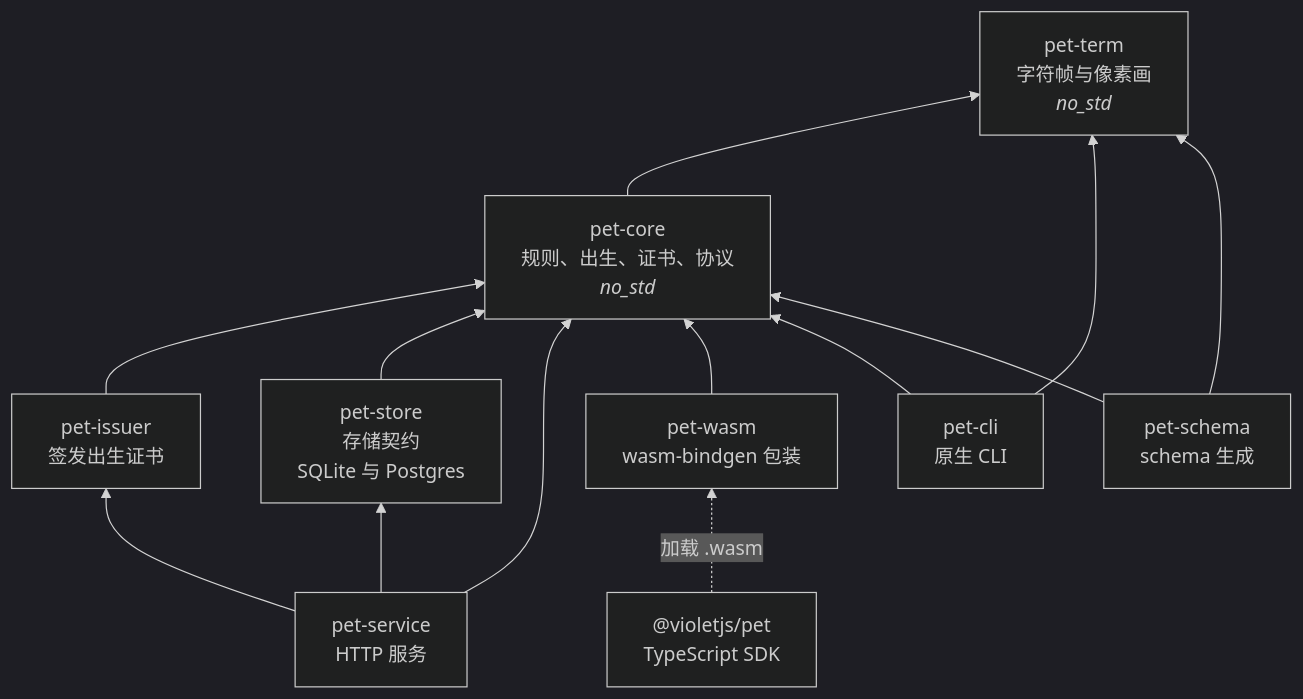
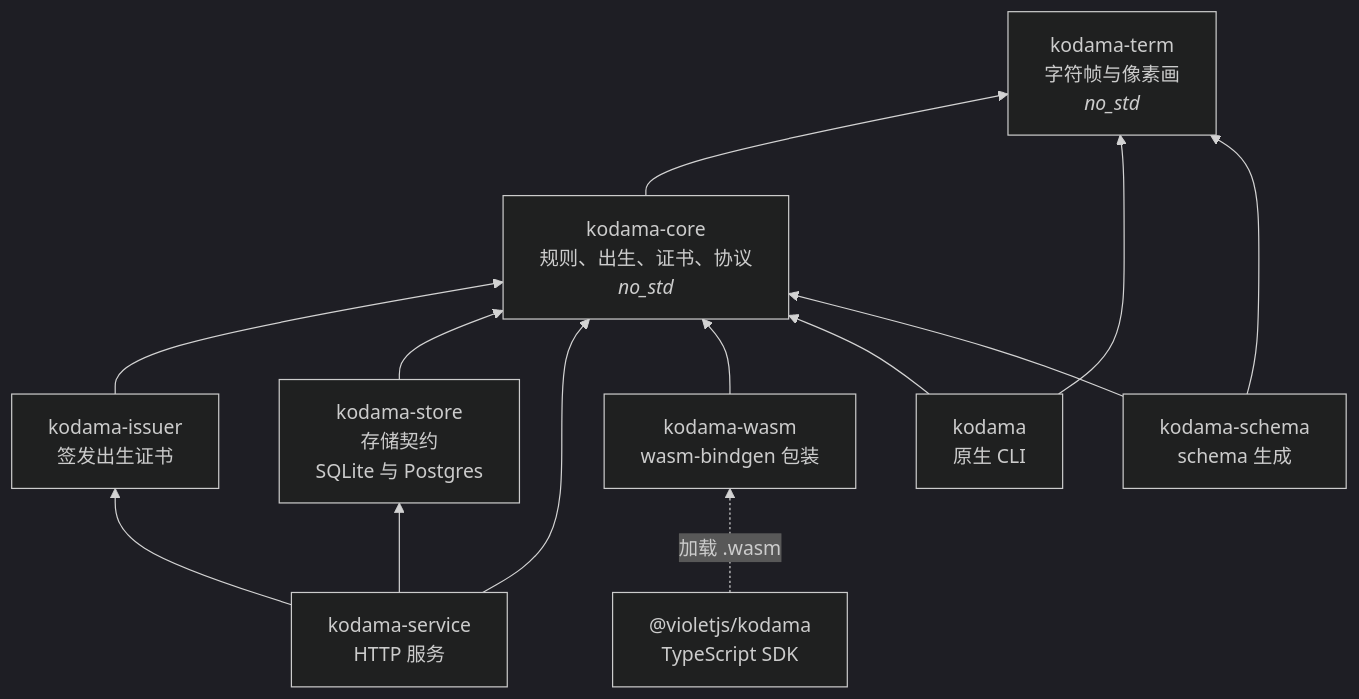
One commit to VOD-Studio/kodama changed the first of 3 diagrams in docs/architecture.zh-CN.md. Above: the diagram before and after it, drawn with Mermaid (dark theme). The commit also changed other lines of this file and 263 other files, not shown here.

First line of the commit message:
refactor!: 包名统一改为 kodama，不再使用 pet-* 前缀

````diff
--- a/docs/architecture.zh-CN.md
+++ b/docs/architecture.zh-CN.md
@@ -17,25 +17,25 @@
 ```mermaid
 flowchart BT
-  term["pet-term<br/>字符帧与像素画<br/><i>no_std</i>"]
-  core["pet-core<br/>规则、出生、证书、协议<br/><i>no_std</i>"]
-  issuer["pet-issuer<br/>签发出生证书"]
-  store["pet-store<br/>存储契约<br/>SQLite 与 Postgres"]
-  service["pet-service<br/>HTTP 服务"]
-  wasm["pet-wasm<br/>wasm-bindgen 包装"]
-  cli["pet-cli<br/>原生 CLI"]
-  schema["pet-schema<br/>schema 生成"]
-  sdk["@violetjs/pet<br/>TypeScript SDK"]
+  term["kodama-term<br/>字符帧与像素画<br/><i>no_std</i>"]
+  core["kodama-core<br/>规则、出生、证书、协议<br/><i>no_std</i>"]
+  issuer["kodama-issuer<br/>签发出生证书"]
+  store["kodama-store<br/>存储契约<br/>SQLite 与 Postgres"]
+  service["kodama-service<br/>HTTP 服务"]
+  wasm["kodama-wasm<br/>wasm-bindgen 包装"]
+  cli["kodama<br/>原生 CLI"]
+  schema["kodama-schema<br/>schema 生成"]
+  sdk["@violetjs/kodama<br/>TypeScript SDK"]
 
   core --> term
   issuer --> core
   store --> core
   service --> core
   service --> store
   service --> issuer
   wasm --> core
   cli --> core
   cli --> term
   schema --> core
   schema --> term
   sdk -. "加载 .wasm" .-> wasm
 ```
````
